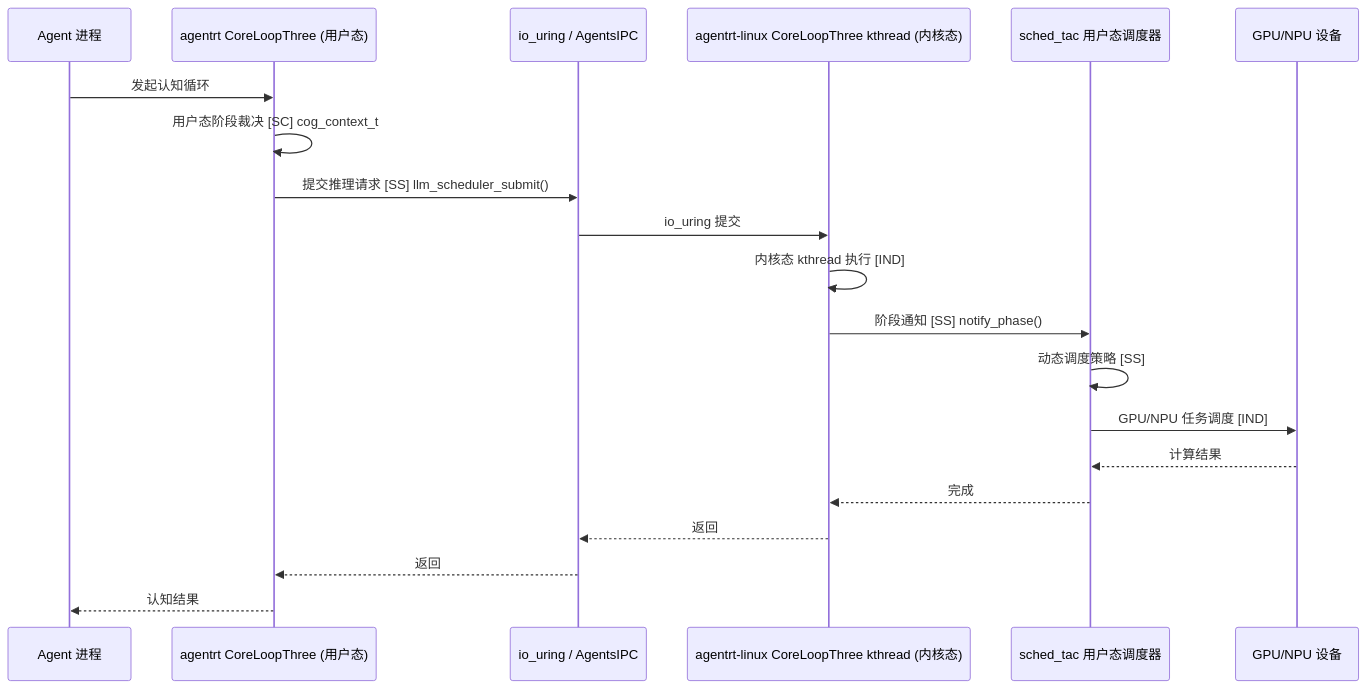
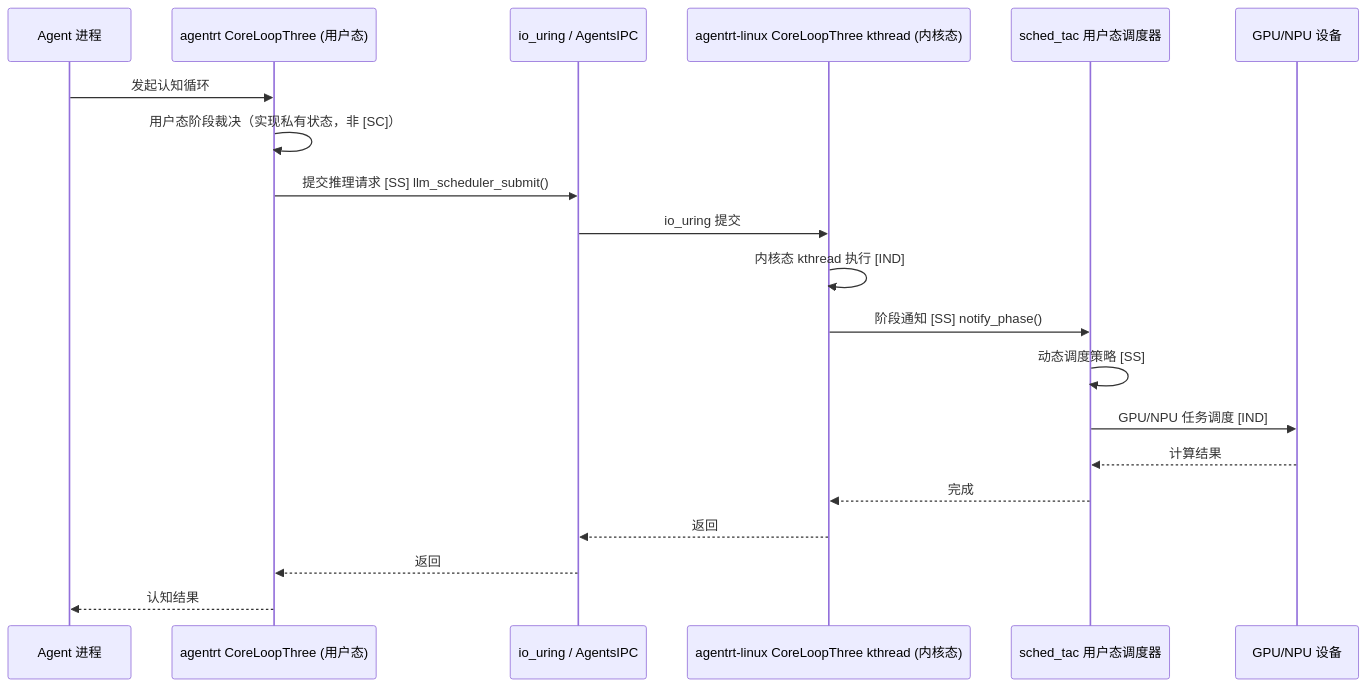
One commit to openairymax/docs-linux changed the third of 3 diagrams in 20-modules/05-cognition.md. Above: the diagram before and after it, drawn with Mermaid. The commit also changed other lines of this file and 50 other files, not shown here.

````diff
--- a/20-modules/05-cognition.md
+++ b/20-modules/05-cognition.md
@@ -600,23 +589,23 @@
 ```mermaid
 sequenceDiagram
     participant AGENT as Agent 进程
     participant CLT_U as agentrt CoreLoopThree (用户态)
     participant IPC as io_uring / AgentsIPC
     participant CLT_K as agentrt-linux CoreLoopThree kthread (内核态)
     participant SCHED as sched_tac 用户态调度器
     participant GPU as GPU/NPU 设备
 
     AGENT->>CLT_U: 发起认知循环
-    CLT_U->>CLT_U: 用户态阶段裁决 [SC] cog_context_t
+    CLT_U->>CLT_U: 用户态阶段裁决（实现私有状态，非 [SC]）
     CLT_U->>IPC: 提交推理请求 [SS] llm_scheduler_submit()
     IPC->>CLT_K: io_uring 提交
     CLT_K->>CLT_K: 内核态 kthread 执行 [IND]
     CLT_K->>SCHED: 阶段通知 [SS] notify_phase()
     SCHED->>SCHED: 动态调度策略 [SS]
     SCHED->>GPU: GPU/NPU 任务调度 [IND]
     GPU-->>SCHED: 计算结果
     SCHED-->>CLT_K: 完成
     CLT_K-->>IPC: 返回
     IPC-->>CLT_U: 返回
     CLT_U-->>AGENT: 认知结果
 ```
````
